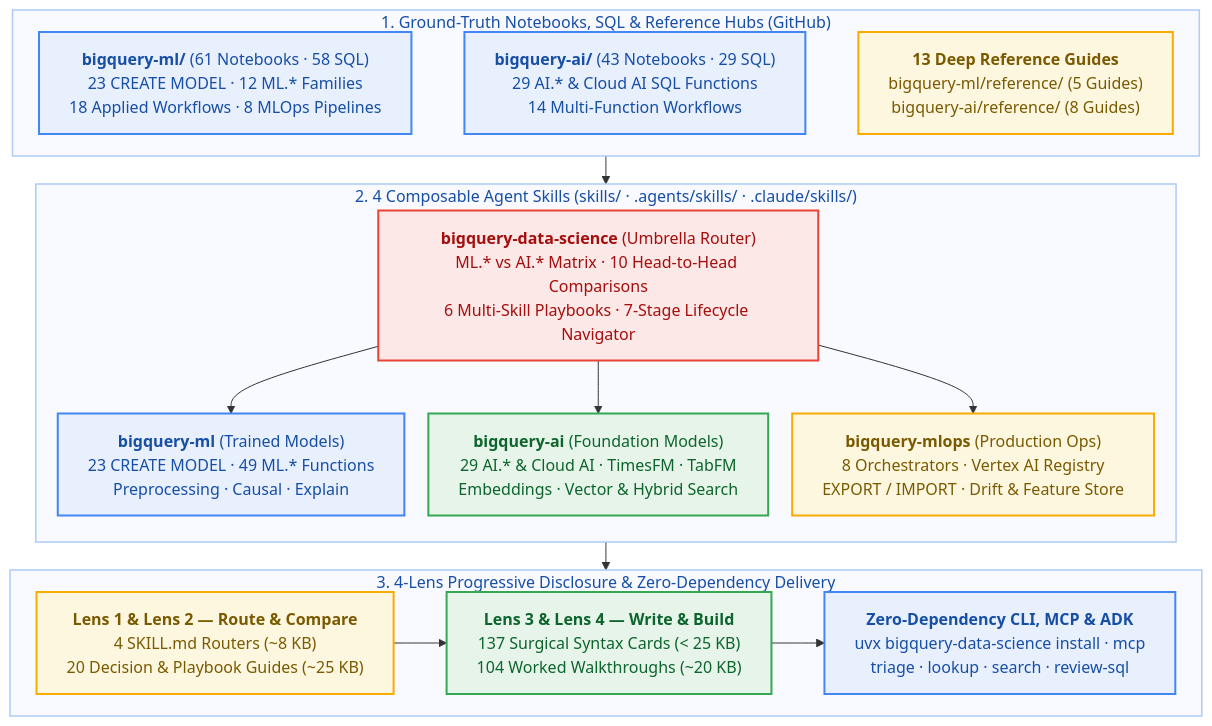
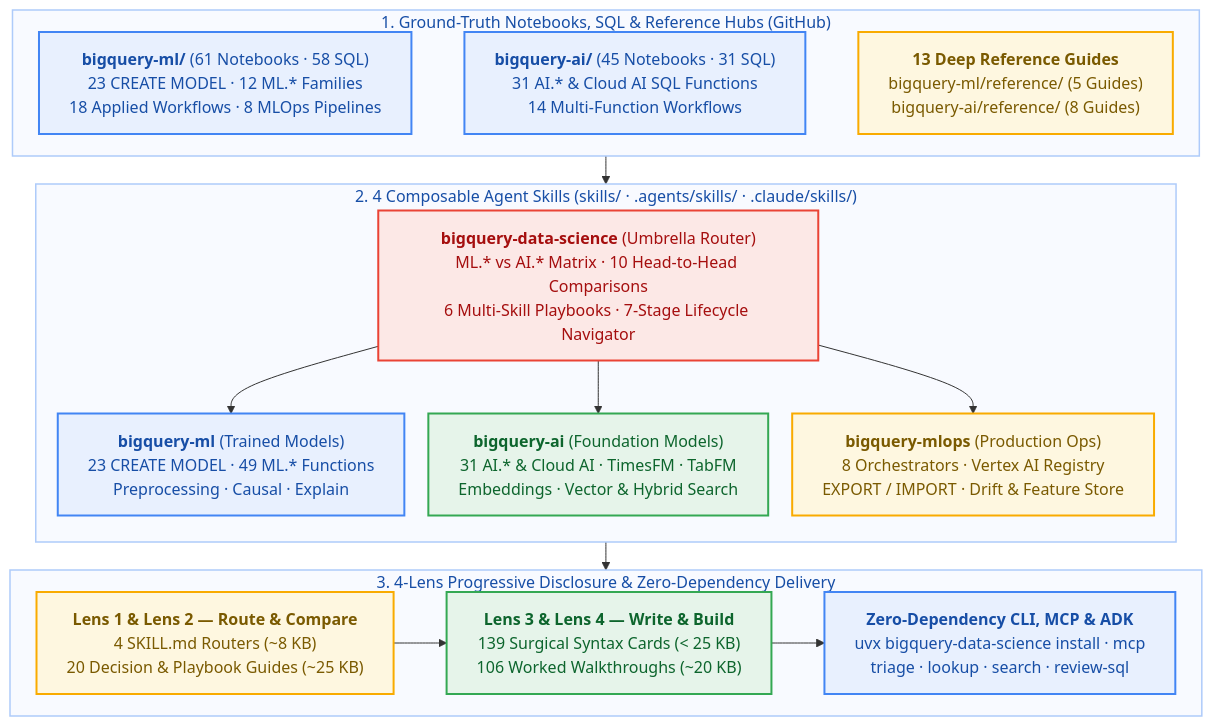
Before and after one commit to statmike/bigquery-data-science: the diagram in README.md, drawn with Mermaid. The commit also changed other lines of this file and 147 other files, not shown here.

````diff
--- a/README.md
+++ b/README.md
@@ -16,45 +16,45 @@
 ```mermaid
 %%{init: {'flowchart': {'wrappingWidth': 380, 'nodeSpacing': 24, 'rankSpacing': 28}}}%%
 flowchart TD
     subgraph GT["1. Ground-Truth Notebooks, SQL & Reference Hubs (GitHub)"]
         direction LR
         BQML["<b>bigquery-ml/</b> (61 Notebooks · 58 SQL)<br/>23 CREATE MODEL · 12 ML.* Families<br/>18 Applied Workflows · 8 MLOps Pipelines"]
-        BQAI["<b>bigquery-ai/</b> (43 Notebooks · 29 SQL)<br/>29 AI.* & Cloud AI SQL Functions<br/>14 Multi-Function Workflows"]
+        BQAI["<b>bigquery-ai/</b> (45 Notebooks · 31 SQL)<br/>31 AI.* & Cloud AI SQL Functions<br/>14 Multi-Function Workflows"]
         REFS["<b>13 Deep Reference Guides</b><br/>bigquery-ml/reference/ (5 Guides)<br/>bigquery-ai/reference/ (8 Guides)"]
         BQML ~~~ BQAI ~~~ REFS
     end
 
     subgraph SKILLS["2. 4 Composable Agent Skills (skills/ · .agents/skills/ · .claude/skills/)"]
         direction TB
         ROUTER["<b>bigquery-data-science</b> (Umbrella Router)<br/>ML.* vs AI.* Matrix · 10 Head-to-Head Comparisons<br/>6 Multi-Skill Playbooks · 7-Stage Lifecycle Navigator"]
         S_ML["<b>bigquery-ml</b> (Trained Models)<br/>23 CREATE MODEL · 49 ML.* Functions<br/>Preprocessing · Causal · Explain"]
-        S_AI["<b>bigquery-ai</b> (Foundation Models)<br/>29 AI.* & Cloud AI · TimesFM · TabFM<br/>Embeddings · Vector & Hybrid Search"]
+        S_AI["<b>bigquery-ai</b> (Foundation Models)<br/>31 AI.* & Cloud AI · TimesFM · TabFM<br/>Embeddings · Vector & Hybrid Search"]
         S_OPS["<b>bigquery-mlops</b> (Production Ops)<br/>8 Orchestrators · Vertex AI Registry<br/>EXPORT / IMPORT · Drift & Feature Store"]
         ROUTER --> S_ML
         ROUTER --> S_AI
         ROUTER --> S_OPS
     end
 
     subgraph LENS["3. 4-Lens Progressive Disclosure & Zero-Dependency Delivery"]
         direction LR
         L12["<b>Lens 1 & Lens 2 — Route & Compare</b><br/>4 SKILL.md Routers (~8 KB)<br/>20 Decision & Playbook Guides (~25 KB)"]
-        L34["<b>Lens 3 & Lens 4 — Write & Build</b><br/>137 Surgical Syntax Cards (< 25 KB)<br/>104 Worked Walkthroughs (~20 KB)"]
+        L34["<b>Lens 3 & Lens 4 — Write & Build</b><br/>139 Surgical Syntax Cards (< 25 KB)<br/>106 Worked Walkthroughs (~20 KB)"]
         DELIV["<b>Zero-Dependency CLI, MCP & ADK</b><br/>uvx bigquery-data-science install · mcp<br/>triage · lookup · search · review-sql"]
         L12 --> L34 --> DELIV
     end
 
     GT --> SKILLS --> LENS
 
     style GT fill:#F8FAFF,stroke:#AECBFA,stroke-width:1.5px,color:#174EA6
     style SKILLS fill:#F8FAFF,stroke:#AECBFA,stroke-width:1.5px,color:#174EA6
     style LENS fill:#F8FAFF,stroke:#AECBFA,stroke-width:1.5px,color:#174EA6
 
     classDef data fill:#E8F0FE,stroke:#4285F4,stroke-width:2px,color:#174EA6
     classDef config fill:#FEF7E0,stroke:#F9AB00,stroke-width:2px,color:#7A5A00
     classDef route fill:#FCE8E6,stroke:#EA4335,stroke-width:2px,color:#A50E0E
     classDef compute fill:#E6F4EA,stroke:#34A853,stroke-width:2px,color:#0D652D
     class BQML,BQAI,S_ML,DELIV data
     class REFS,S_OPS,L12 config
     class ROUTER route
     class S_AI,L34 compute
 ```
````
